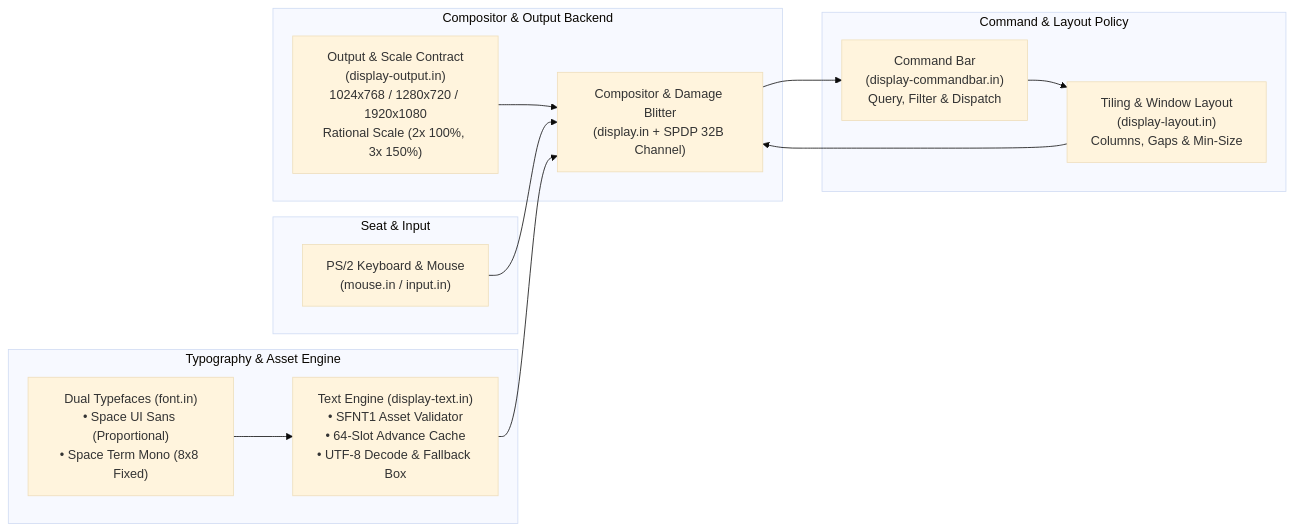
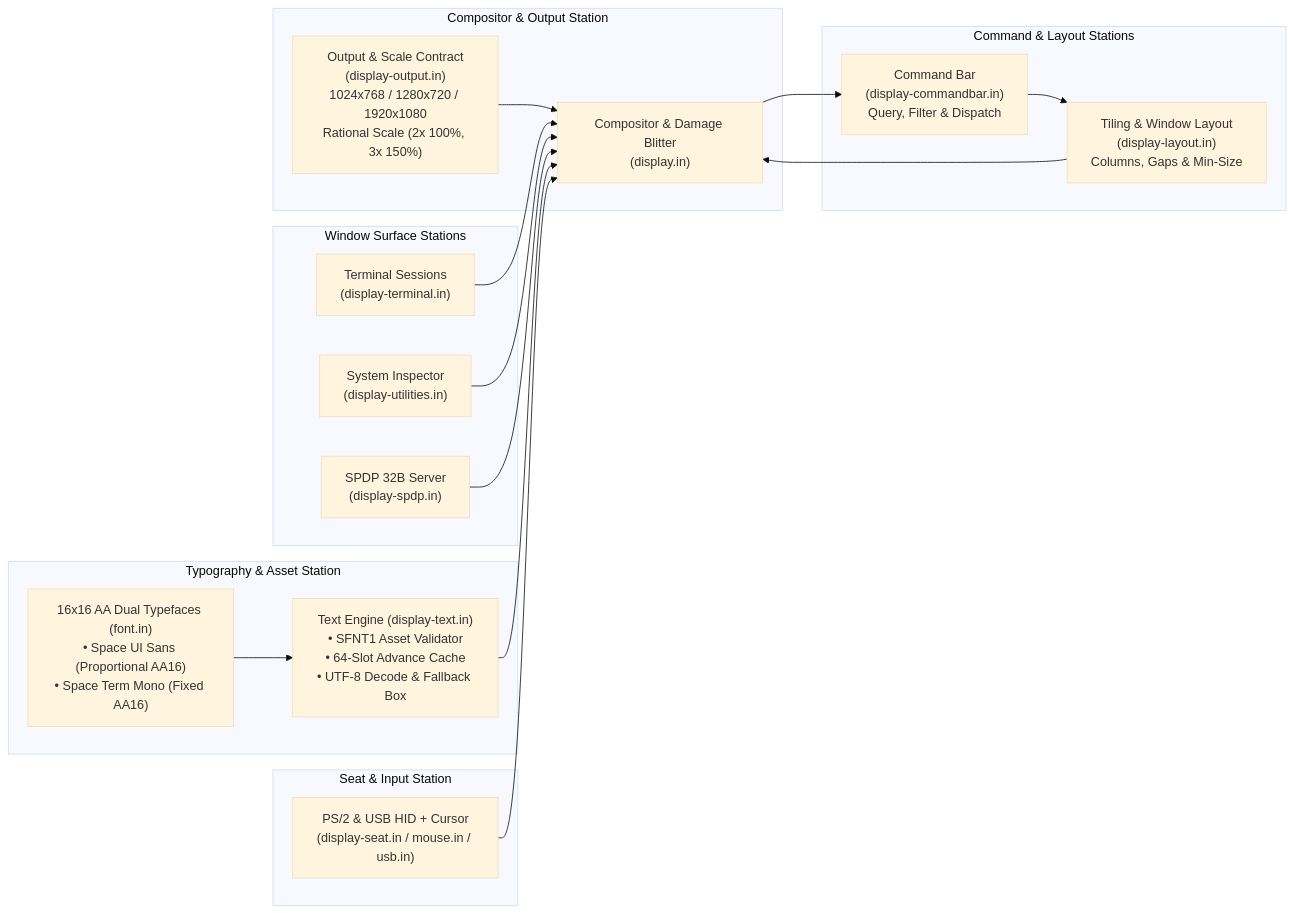
Before and after one commit to tschk/space: the third of 3 diagrams in README.md, drawn with Mermaid (base theme). The commit also changed other lines of this file and 24 other files, not shown here.

````diff
--- a/README.md
+++ b/README.md
@@ -70,29 +139,38 @@
 ```mermaid
 flowchart LR
-    subgraph Input["Seat & Input"]
-        PS2["PS/2 Keyboard & Mouse\n(mouse.in / input.in)"]
+    subgraph Input["Seat & Input Station"]
+        PS2["PS/2 & USB HID + Cursor\n(display-seat.in / mouse.in / usb.in)"]
     end
 
-    subgraph Shell["Command & Layout Policy"]
+    subgraph Shell["Command & Layout Stations"]
         Bar["Command Bar\n(display-commandbar.in)\nQuery, Filter & Dispatch"]
         Layout["Tiling & Window Layout\n(display-layout.in)\nColumns, Gaps & Min-Size"]
     end
 
-    subgraph Text["Typography & Asset Engine"]
-        Fonts["Dual Typefaces (font.in)\n• Space UI Sans (Proportional)\n• Space Term Mono (8x8 Fixed)"]
+    subgraph Text["Typography & Asset Station"]
+        Fonts["16x16 AA Dual Typefaces (font.in)\n• Space UI Sans (Proportional AA16)\n• Space Term Mono (Fixed AA16)"]
         TextEng["Text Engine (display-text.in)\n• SFNT1 Asset Validator\n• 64-Slot Advance Cache\n• UTF-8 Decode & Fallback Box"]
         Fonts --> TextEng
     end
 
-    subgraph Output["Compositor & Output Backend"]
+    subgraph Panels["Window Surface Stations"]
+        Term["Terminal Sessions\n(display-terminal.in)"]
+        Util["System Inspector\n(display-utilities.in)"]
+        SPDP["SPDP 32B Server\n(display-spdp.in)"]
+    end
+
+    subgraph Output["Compositor & Output Station"]
         Out["Output & Scale Contract\n(display-output.in)\n1024x768 / 1280x720 / 1920x1080\nRational Scale (2x 100%, 3x 150%)"]
-        Comp["Compositor & Damage Blitter\n(display.in + SPDP 32B Channel)"]
+        Comp["Compositor & Damage Blitter\n(display.in)"]
         Out --> Comp
     end
 
     PS2 --> Comp
     Comp --> Bar
     Bar --> Layout
     Layout --> Comp
     TextEng --> Comp
+    Term --> Comp
+    Util --> Comp
+    SPDP --> Comp
 ```
````
